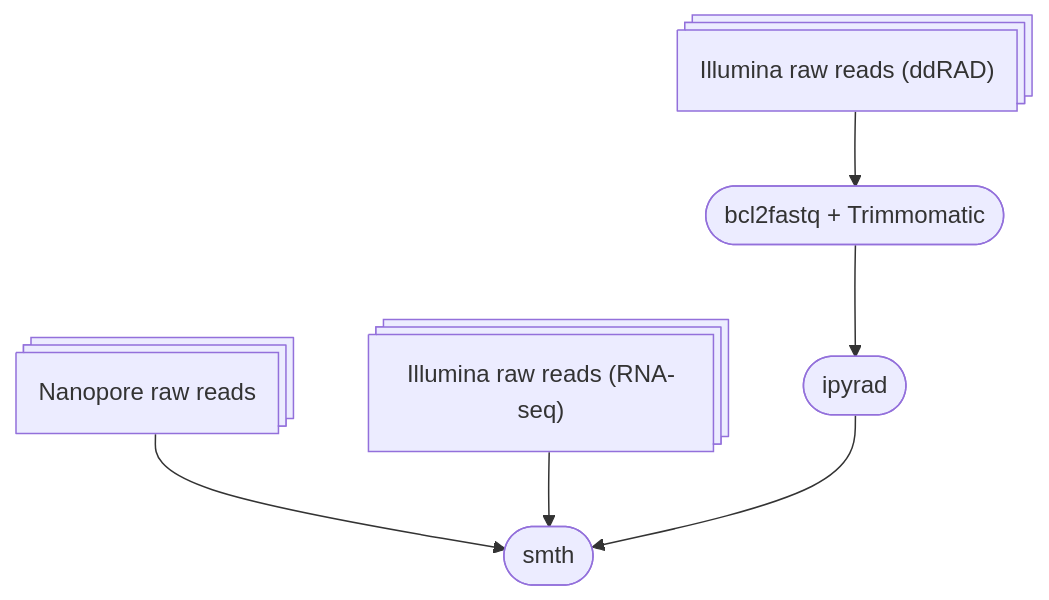
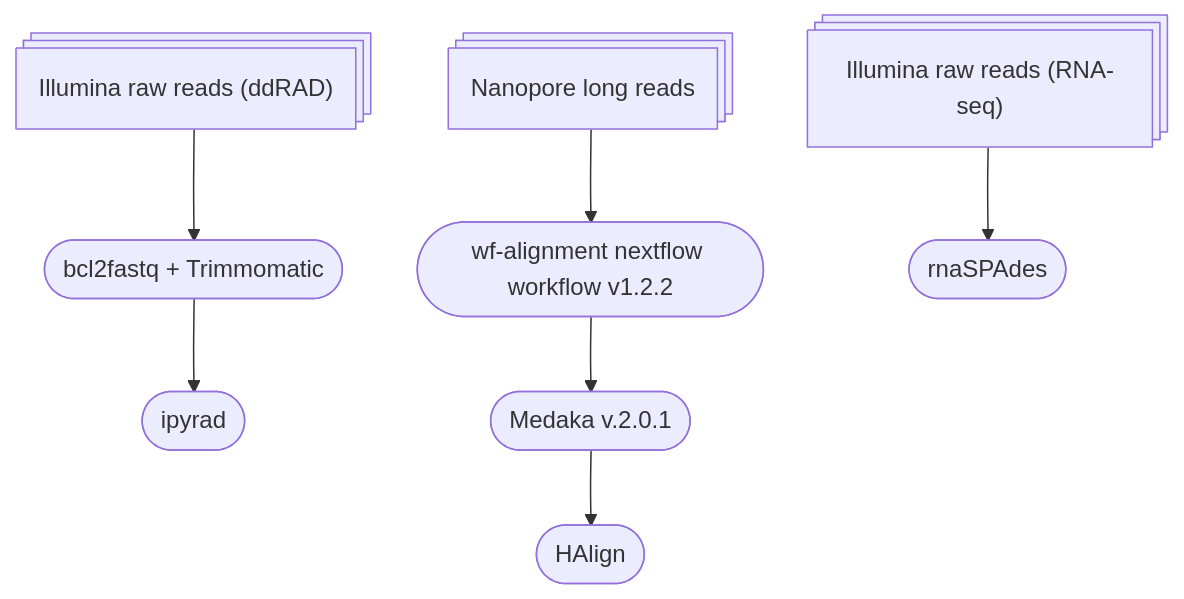
Before and after one commit to kuprinak/Drosera_pogen: the diagram in README.md, drawn with Mermaid.

````diff
--- a/README.md
+++ b/README.md
@@ -19,8 +19,12 @@
 ```mermaid
 flowchart TB
 A@{shape: procs, label: "Illumina raw reads (ddRAD)"} --> B([bcl2fastq + Trimmomatic]);
 B --> C([ipyrad]);
-AA@{shape: procs, label: "Nanopore raw reads"} --> K([rnaSPAdes]);
-AAA@{shape: procs, label: "Illumina raw reads (RNA-seq)"} --> K([rnaSPAdes]);
-C --> K([smth])
+
+AA@{shape: procs, label: "Nanopore long reads"} --> K([wf-alignment nextflow workflow v1.2.2]);
+K --> K1([Medaka v.2.0.1])
+K1 --> K2([HAlign])
+AAA@{shape: procs, label: "Illumina raw reads (RNA-seq)"} --> SPA([rnaSPAdes]);
+
+
 ```
````
